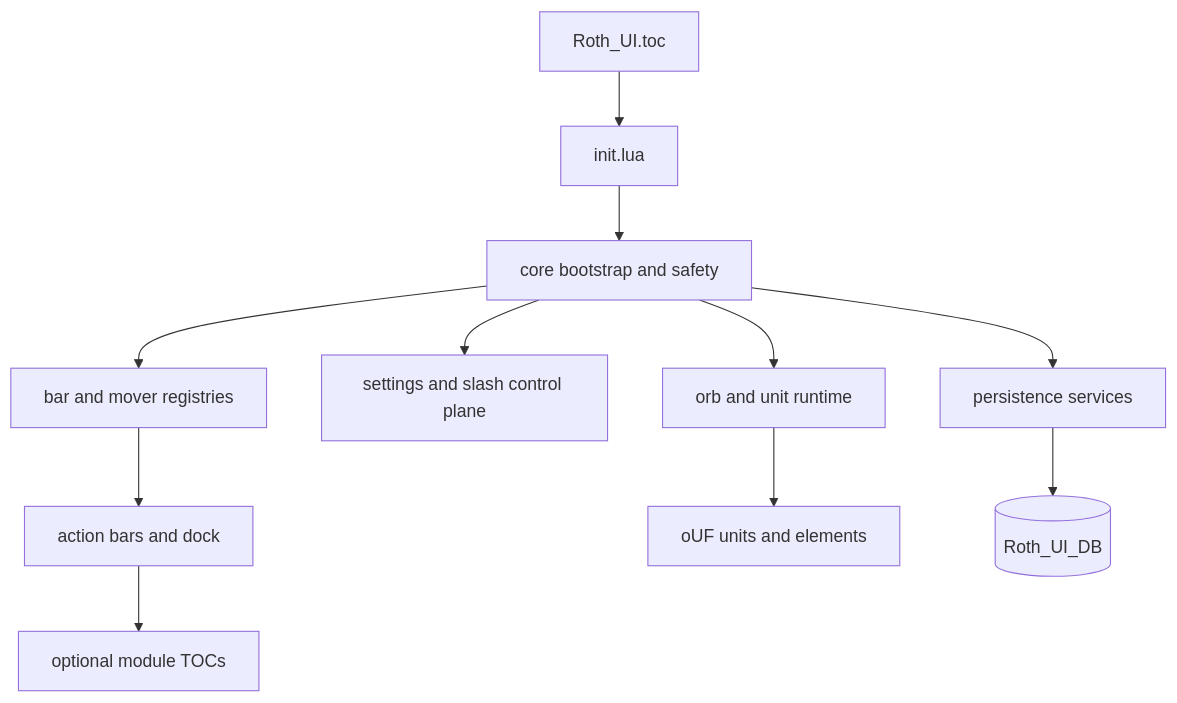
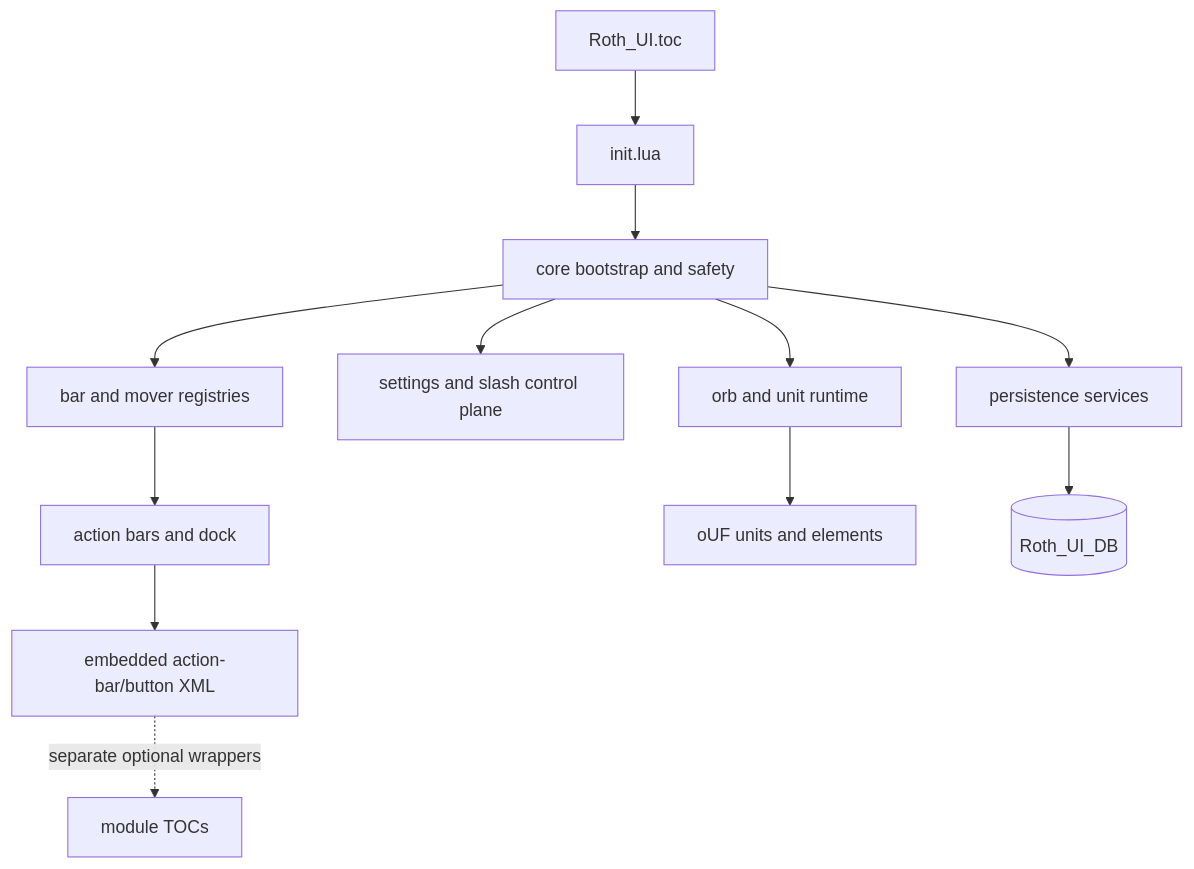
The diagram in CODE_GRAPH.md (UnknownAlienHuman/roth-ui), drawn with Mermaid before and after one commit. The commit also changed 3 other files, not shown here.

````diff
--- a/CODE_GRAPH.md
+++ b/CODE_GRAPH.md
@@ -3,13 +3,14 @@
 ```mermaid
 flowchart TD
   T["Roth_UI.toc"] --> I["init.lua"]
   I --> C["core bootstrap and safety"]
   C --> P["persistence services"]
   C --> S["settings and slash control plane"]
   C --> B["bar and mover registries"]
   C --> O["orb and unit runtime"]
   B --> AB["action bars and dock"]
   O --> U["oUF units and elements"]
-  AB --> M["optional module TOCs"]
+  AB --> M["embedded action-bar/button XML"]
+  M -. "separate optional wrappers" .-> MT["module TOCs"]
   P --> DB[("Roth_UI_DB")]
 ```
````
